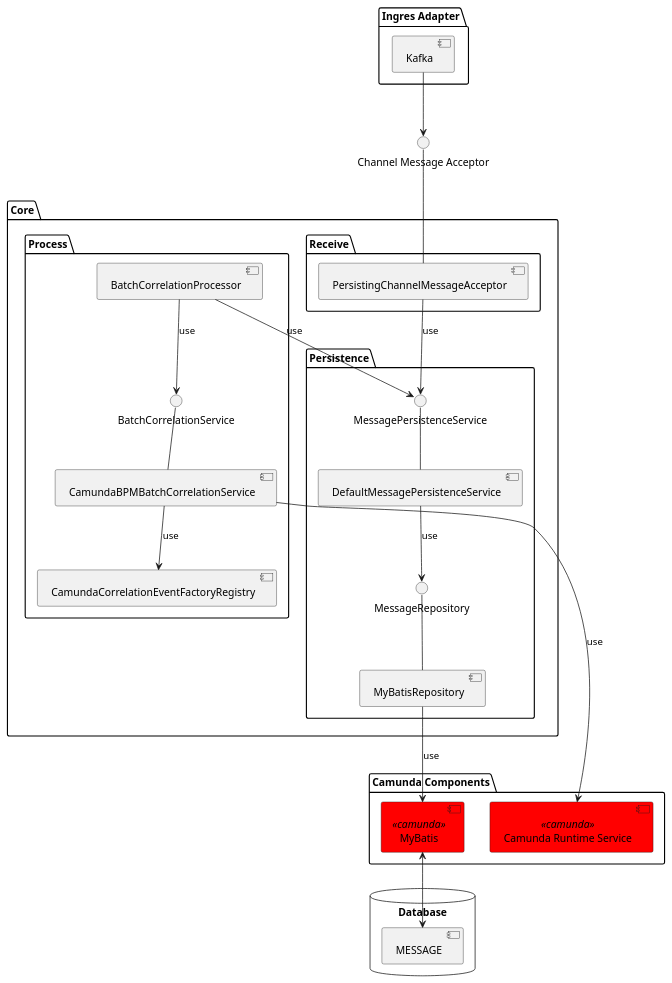
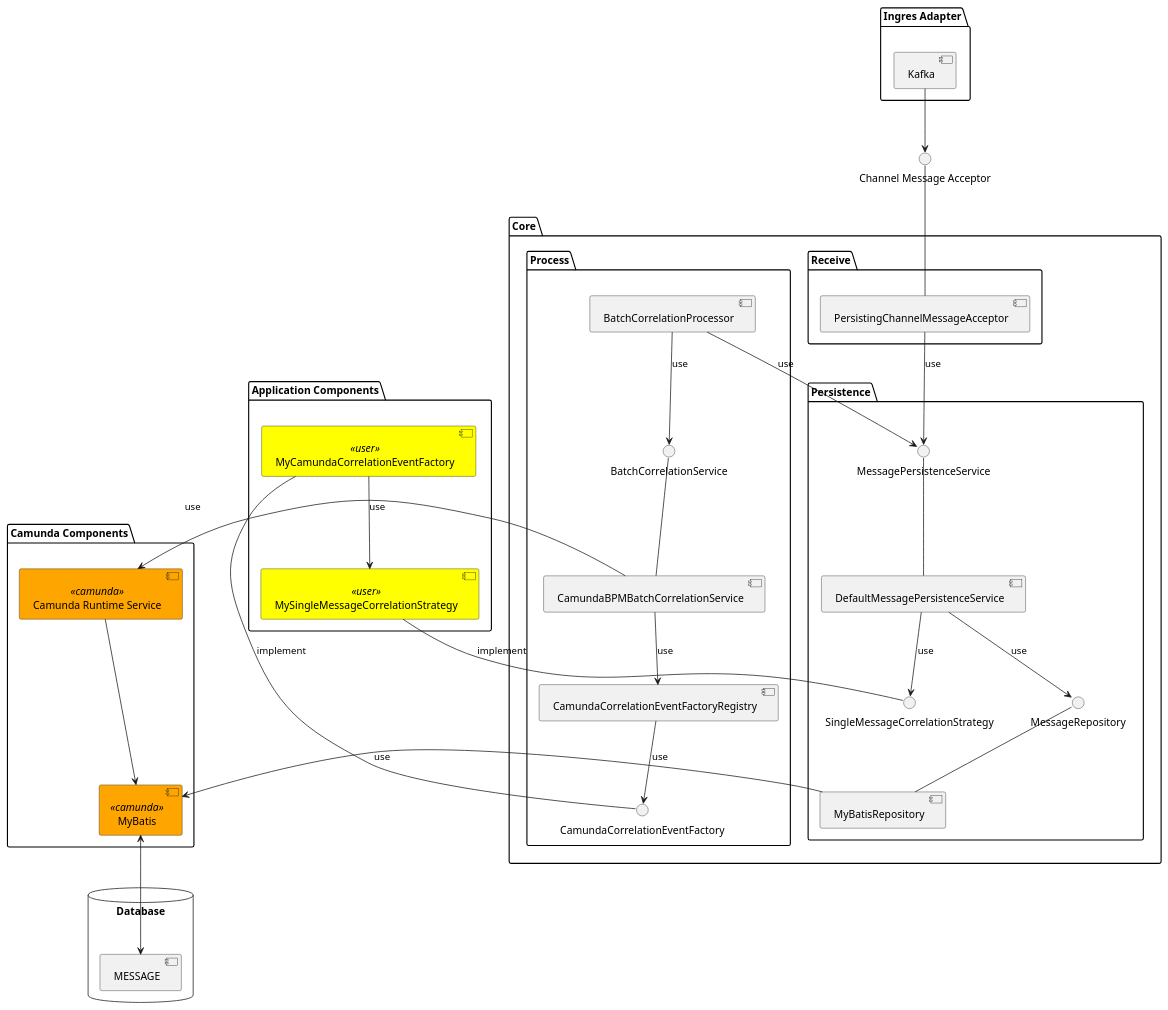
Before and after one commit to holunda-io/c7: the diagram in _import/camunda-bpm-correlate/docs/assets/components.plantuml, drawn with PlantUML. The commit also changed 3 other files, not shown here.

```diff
--- a/_import/camunda-bpm-correlate/docs/assets/components.plantuml
+++ b/_import/camunda-bpm-correlate/docs/assets/components.plantuml
@@ -1,45 +1,59 @@
 @startuml
 
+
+
 skinparam component {
-  backgroundColor<<camunda>> Red
+  backgroundColor<<camunda>> Orange
+  backgroundColor<<user>> Yellow
 }
 
 interface "Channel Message Acceptor" as CMA
 
 package "Ingres Adapter" {
   [ Kafka ]
 }
 
 package "Core" {
   package "Receive" {
     CMA -down- [ PersistingChannelMessageAcceptor ]
   }
   package "Process" {
     BatchCorrelationService -down- [ CamundaBPMBatchCorrelationService ]
     [ BatchCorrelationProcessor ] --> BatchCorrelationService : use
-
     [ CamundaBPMBatchCorrelationService ] --> [ CamundaCorrelationEventFactoryRegistry ] : use
+    [ CamundaCorrelationEventFactoryRegistry ] -down-> CamundaCorrelationEventFactory : use
   }
   package "Persistence" {
     MessagePersistenceService -down- [ DefaultMessagePersistenceService ]
     [ DefaultMessagePersistenceService ] --> MessageRepository : use
+    [ DefaultMessagePersistenceService ] --> SingleMessageCorrelationStrategy : use
     MessageRepository -down- [ MyBatisRepository ]
   }
 }
 
+package "Application Components" {
+  [ MyCamundaCorrelationEventFactory ] <<user>>
+  [ MySingleMessageCorrelationStrategy ] <<user>>
+  [ MyCamundaCorrelationEventFactory ] --> [ MySingleMessageCorrelationStrategy ] : use
+}
+
 package "Camunda Components" {
+  [ Camunda Runtime Service ] <<camunda>>
   [ MyBatis ] <<camunda>>
-  [ Camunda Runtime Service ] <<camunda>>
+  [ Camunda Runtime Service ] --down-> [ MyBatis ]
 }
 
 database "Database" {
   [ MESSAGE ]
 }
 
 [ MyBatisRepository ] --> [ MyBatis ] : use
 [ PersistingChannelMessageAcceptor ] --> MessagePersistenceService : use
 [ BatchCorrelationProcessor ] --> MessagePersistenceService : use
+
 [ Kafka ] --> CMA
 [ MyBatis ] <--> [ MESSAGE ]
-[ CamundaBPMBatchCorrelationService ] --> [ Camunda Runtime Service ] : use
+[ CamundaBPMBatchCorrelationService ] -left-> [ Camunda Runtime Service ] : use
+[ MyCamundaCorrelationEventFactory ] -down- CamundaCorrelationEventFactory : implement
+[ MySingleMessageCorrelationStrategy ] -down- SingleMessageCorrelationStrategy : implement
 @enduml
```
